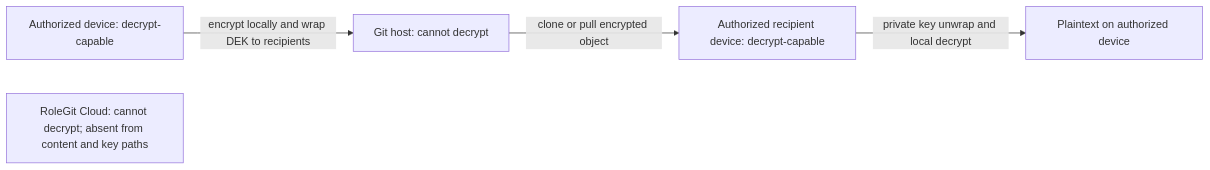
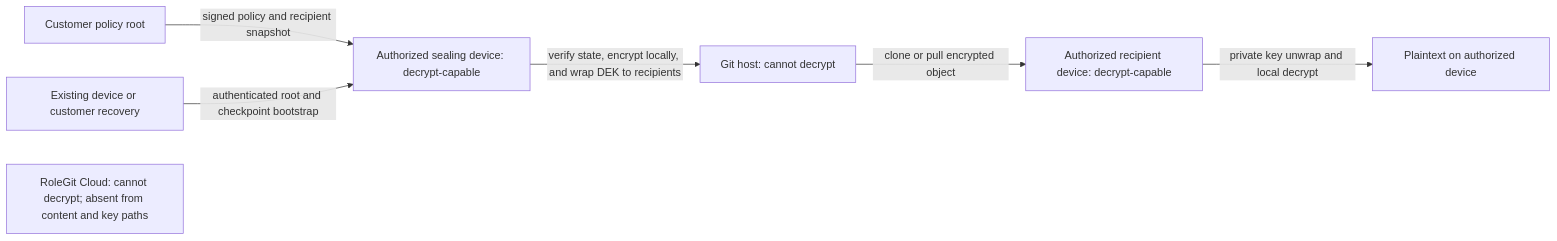
The first of 6 diagrams in docs/adr/0001-product-modes-and-trust-boundaries.md (cosentinode/rolegit), drawn with Mermaid before and after one commit. The commit also changed other lines of this file and 4 other files, not shown here.

Commit message:
docs: clarify architecture trust boundaries

````diff
--- a/docs/adr/0001-product-modes-and-trust-boundaries.md
+++ b/docs/adr/0001-product-modes-and-trust-boundaries.md
@@ -50,7 +78,9 @@
 ```mermaid
 flowchart LR
-    A[Authorized device: decrypt-capable] -->|encrypt locally and wrap DEK to recipients| G[Git host: cannot decrypt]
+    R[Customer policy root] -->|signed policy and recipient snapshot| A[Authorized sealing device: decrypt-capable]
+    O[Existing device or customer recovery] -->|authenticated root and checkpoint bootstrap| A
+    A -->|verify state, encrypt locally, and wrap DEK to recipients| G[Git host: cannot decrypt]
     G -->|clone or pull encrypted object| B[Authorized recipient device: decrypt-capable]
     B -->|private key unwrap and local decrypt| P[Plaintext on authorized device]
     C[RoleGit Cloud: cannot decrypt; absent from content and key paths]
 ```
````
